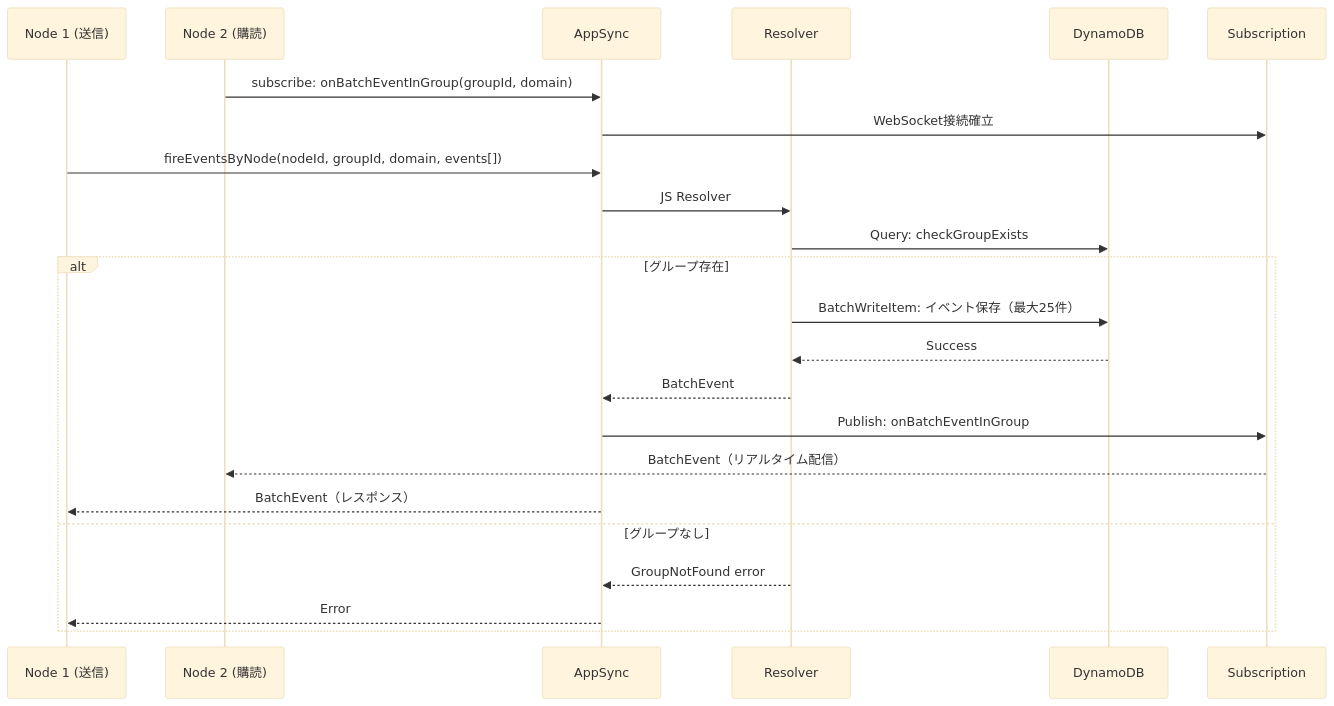
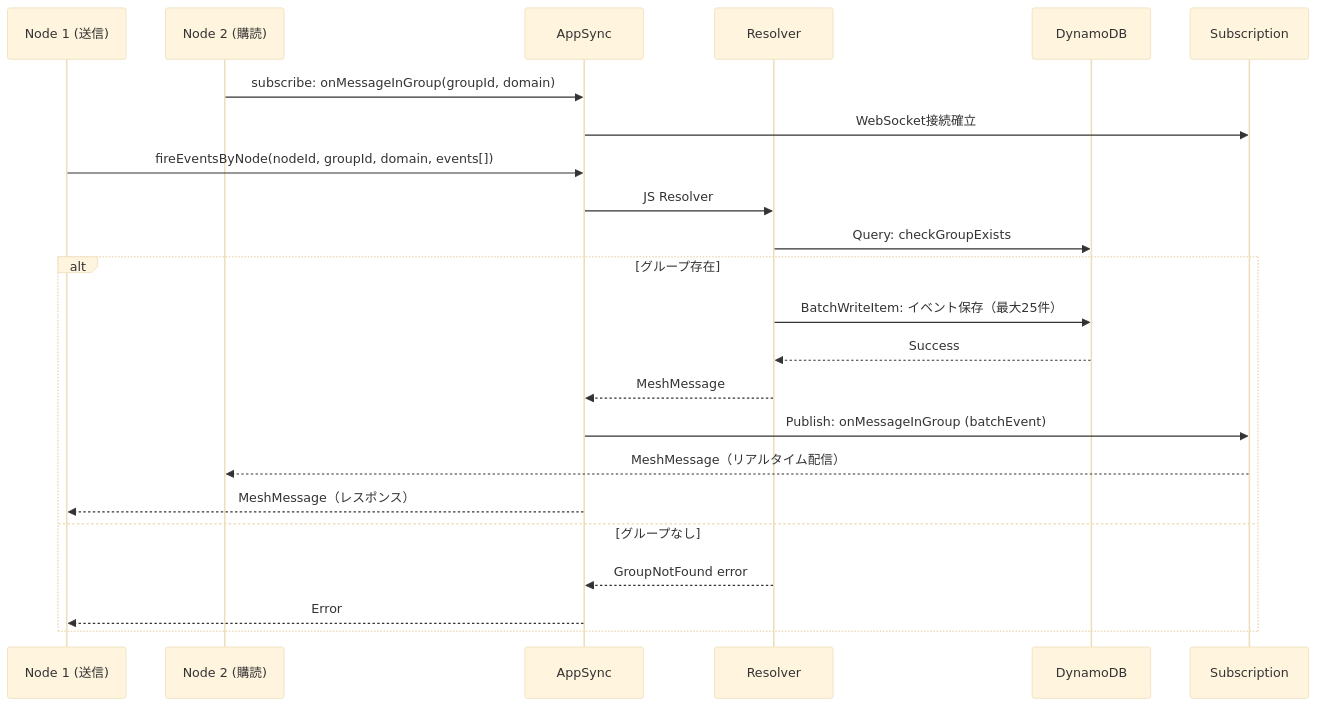
One commit to smalruby/mesh-v2 changed the fifth of 10 diagrams in docs/architecture.md. Above: the diagram before and after it, drawn with Mermaid (base theme). The commit also changed other lines of this file and 5 other files, not shown here.

````diff
--- a/docs/architecture.md
+++ b/docs/architecture.md
@@ -164,27 +164,27 @@
 ```mermaid
 sequenceDiagram
     participant Node1 as Node 1 (送信)
     participant Node2 as Node 2 (購読)
     participant AppSync
     participant Resolver
     participant DynamoDB
     participant Subscription
 
-    Node2->>AppSync: subscribe: onBatchEventInGroup(groupId, domain)
+    Node2->>AppSync: subscribe: onMessageInGroup(groupId, domain)
     AppSync->>Subscription: WebSocket接続確立
 
     Node1->>AppSync: fireEventsByNode(nodeId, groupId, domain, events[])
     AppSync->>Resolver: JS Resolver
     Resolver->>DynamoDB: Query: checkGroupExists
     alt グループ存在
         Resolver->>DynamoDB: BatchWriteItem: イベント保存（最大25件）
         DynamoDB-->>Resolver: Success
-        Resolver-->>AppSync: BatchEvent
-        AppSync->>Subscription: Publish: onBatchEventInGroup
-        Subscription-->>Node2: BatchEvent（リアルタイム配信）
-        AppSync-->>Node1: BatchEvent（レスポンス）
+        Resolver-->>AppSync: MeshMessage
+        AppSync->>Subscription: Publish: onMessageInGroup (batchEvent)
+        Subscription-->>Node2: MeshMessage（リアルタイム配信）
+        AppSync-->>Node1: MeshMessage（レスポンス）
     else グループなし
         Resolver-->>AppSync: GroupNotFound error
         AppSync-->>Node1: Error
     end
 ```
````
